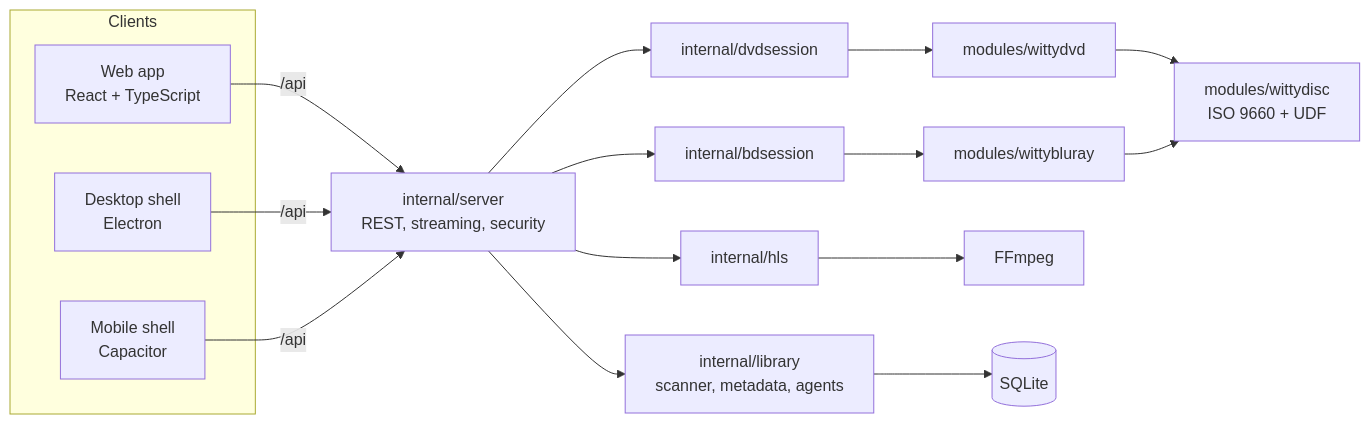
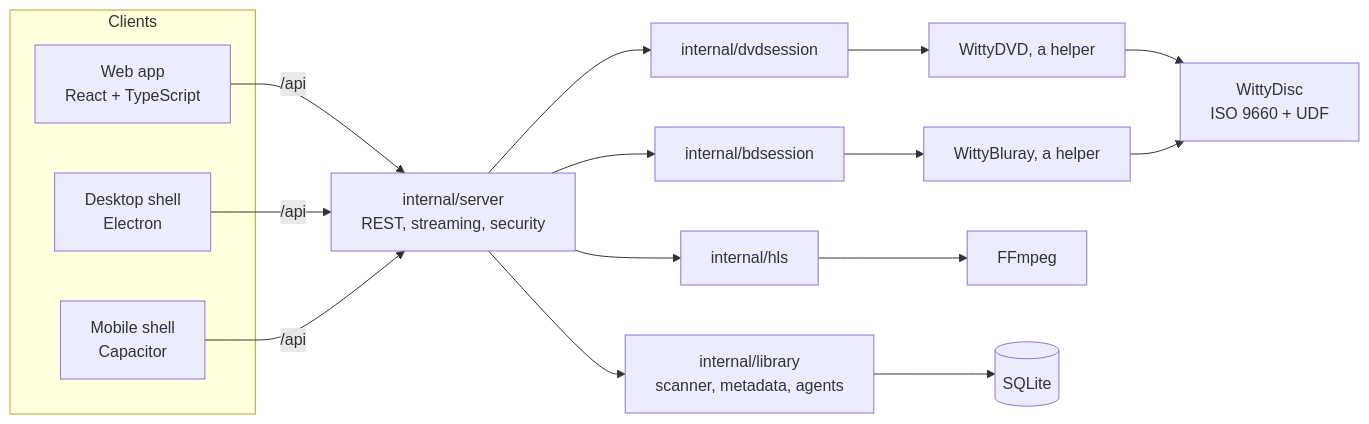
One commit to wittywilla/WittyMediaServer changed the diagram in docs/REFERENCE.md. Above: the diagram before and after it, drawn with Mermaid. The commit also changed other lines of this file and 28 other files, not shown here.

````diff
--- a/docs/REFERENCE.md
+++ b/docs/REFERENCE.md
@@ -102,15 +102,15 @@
 ```mermaid
 flowchart LR
   subgraph Clients
     W[Web app<br/>React + TypeScript]
     D[Desktop shell<br/>Electron]
     M[Mobile shell<br/>Capacitor]
   end
   W & D & M -->|/api| S[internal/server<br/>REST, streaming, security]
   S --> L[internal/library<br/>scanner, metadata, agents]
-  S --> DS[internal/dvdsession] --> DVD[modules/wittydvd]
-  S --> BS[internal/bdsession] --> BD[modules/wittybluray]
-  DVD & BD --> DISC[modules/wittydisc<br/>ISO 9660 + UDF]
+  S --> DS[internal/dvdsession] --> DVD[WittyDVD, a helper]
+  S --> BS[internal/bdsession] --> BD[WittyBluray, a helper]
+  DVD & BD --> DISC[WittyDisc<br/>ISO 9660 + UDF]
   S --> H[internal/hls] --> F[FFmpeg]
   L --> DB[(SQLite)]
 ```
````
